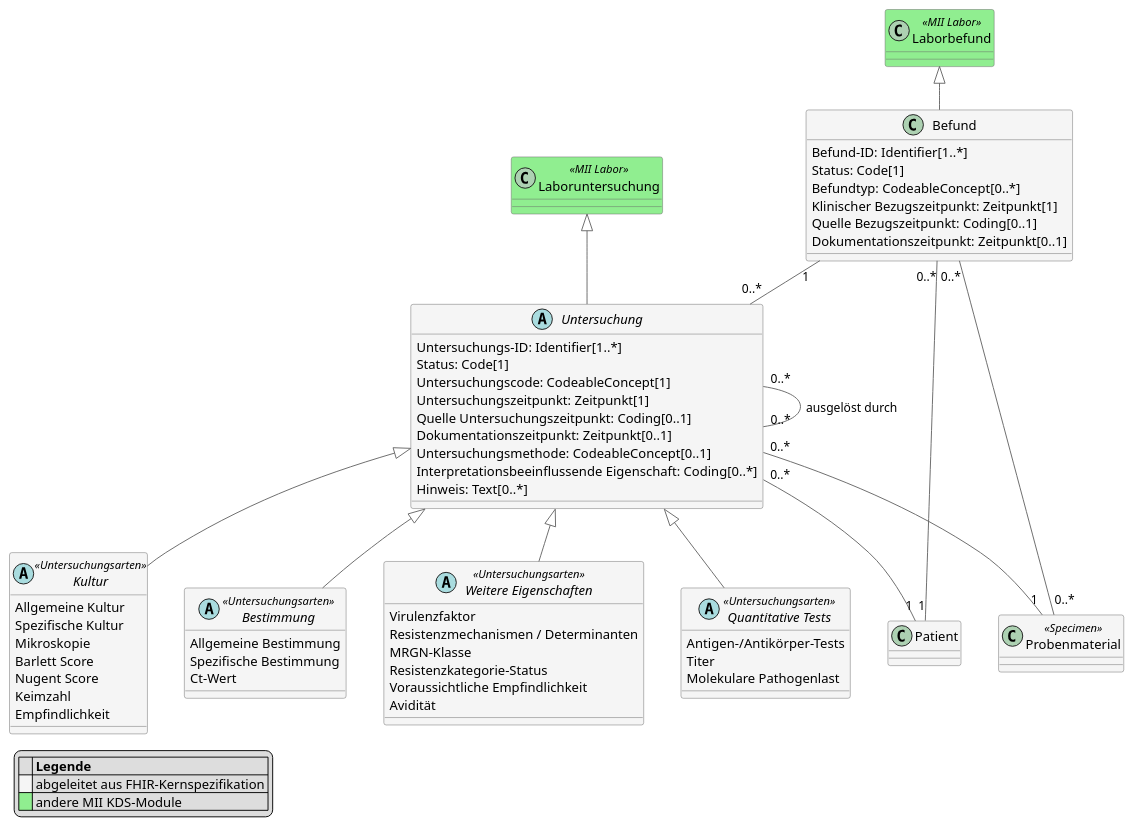
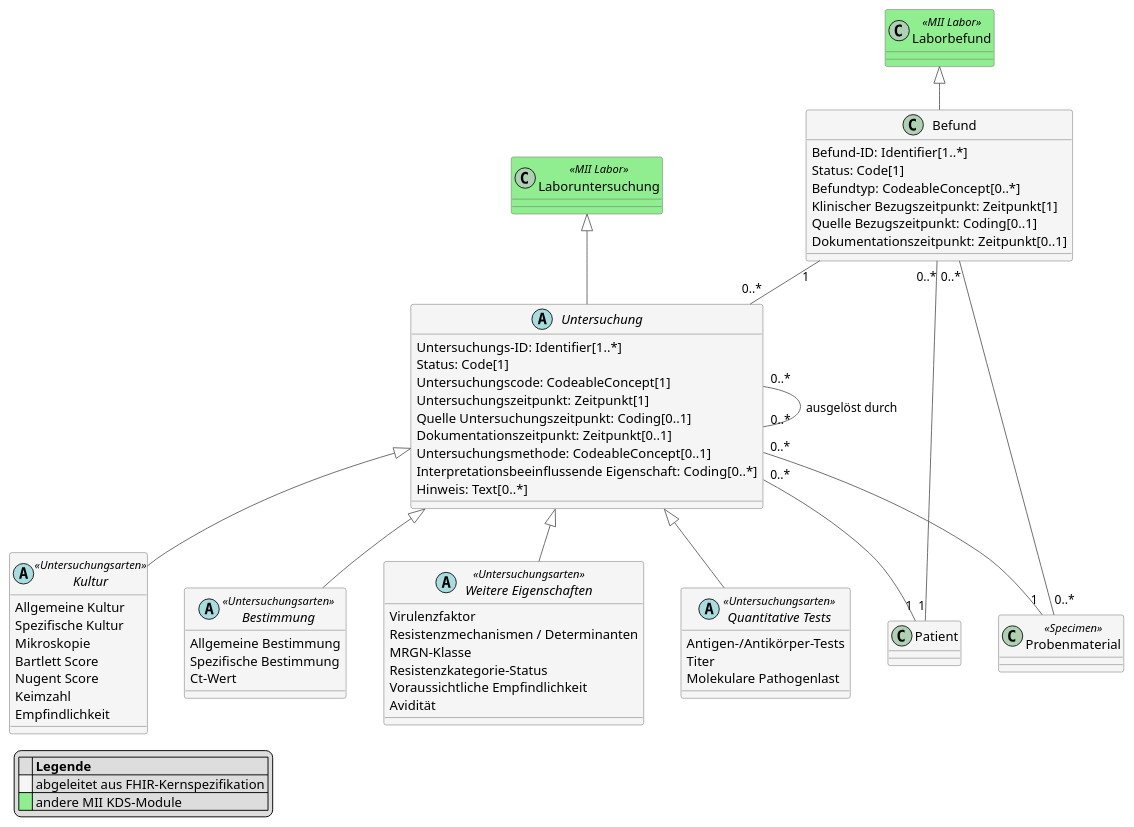
Before and after one commit to medizininformatik-initiative/kerndatensatzmodul-mikrobiologie: the diagram in input/images-source/mii-mikrobio-informationsmodell.puml, drawn with PlantUML. The commit also changed 140 other files, not shown here.

```diff
--- a/input/images-source/mii-mikrobio-informationsmodell.puml
+++ b/input/images-source/mii-mikrobio-informationsmodell.puml
@@ -1,107 +1,107 @@
 @startuml
 ' Informationsmodell Mikrobiologie 2027 - Uebersicht
 ' Abgeleitet aus den Logical Models:
 '   mii-lm-mikrobio-logical-model  (Befund)
 '   mii-lm-mikrobio-untersuchung   (abstrakte Basisklasse)
 '
 ' Die einzelnen Untersuchungsarten mit ihren Ergebnistypen stehen im
 ' zweiten Diagramm: mii-mikrobio-untersuchungsarten.puml
 
 skinparam shadowing false
 skinparam classAttributeIconSize 0
 skinparam nodesep 40
 skinparam ranksep 45
 
 skinparam class {
   BorderColor #666666
   BackgroundColor #F5F5F5
   ArrowColor #666666
   FontStyle bold
   AttributeFontStyle plain
 }
 
 ' ------------------------------------------------------- andere MII KDS-Module
 class Laborbefund <<MII Labor>> #90EE90
 class Laboruntersuchung <<MII Labor>> #90EE90
 
 ' ---------------------------------------------------------------- FHIR-Kontext
 class Patient #F5F5F5
 class Probenmaterial <<Specimen>> #F5F5F5
 
 ' --------------------------------------------------------------------- Modell
 class Befund {
   Befund-ID: Identifier[1..*]
   Status: Code[1]
   Befundtyp: CodeableConcept[0..*]
   Klinischer Bezugszeitpunkt: Zeitpunkt[1]
   Quelle Bezugszeitpunkt: Coding[0..1]
   Dokumentationszeitpunkt: Zeitpunkt[0..1]
 }
 
 abstract class Untersuchung {
   Untersuchungs-ID: Identifier[1..*]
   Status: Code[1]
   Untersuchungscode: CodeableConcept[1]
   Untersuchungszeitpunkt: Zeitpunkt[1]
   Quelle Untersuchungszeitpunkt: Coding[0..1]
   Dokumentationszeitpunkt: Zeitpunkt[0..1]
   Untersuchungsmethode: CodeableConcept[0..1]
   Interpretationsbeeinflussende Eigenschaft: Coding[0..*]
   Hinweis: Text[0..*]
 }
 
 abstract class Kultur <<Untersuchungsarten>> {
   Allgemeine Kultur
   Spezifische Kultur
   Mikroskopie
-  Barlett Score
+  Bartlett Score
   Nugent Score
   Keimzahl
   Empfindlichkeit
 }
 
 abstract class Bestimmung <<Untersuchungsarten>> {
   Allgemeine Bestimmung
   Spezifische Bestimmung
   Ct-Wert
 }
 
 abstract class "Weitere Eigenschaften" as WeitereEigenschaften <<Untersuchungsarten>> {
   Virulenzfaktor
   Resistenzmechanismen / Determinanten
   MRGN-Klasse
   Resistenzkategorie-Status
   Voraussichtliche Empfindlichkeit
   Avidität
 }
 
 abstract class "Quantitative Tests" as QuantitativeTests <<Untersuchungsarten>> {
   Antigen-/Antikörper-Tests
   Titer
   Molekulare Pathogenlast
 }
 
 ' ----------------------------------------------------------------- Beziehungen
 Laborbefund <|-- Befund
 Laboruntersuchung <|-- Untersuchung
 
 Befund "1" -- "0..*" Untersuchung
 Befund "0..*" -- "1" Patient
 Befund "0..*" -- "0..*" Probenmaterial
 
 Untersuchung "0..*" -- "1" Patient
 Untersuchung "0..*" -- "1" Probenmaterial
 Untersuchung "0..*" -- "0..*" Untersuchung : ausgelöst durch
 
 Untersuchung <|-- Kultur
 Untersuchung <|-- Bestimmung
 Untersuchung <|-- WeitereEigenschaften
 Untersuchung <|-- QuantitativeTests
 
 legend bottom left
 |= |= Legende |
 |<#F5F5F5>    | abgeleitet aus FHIR-Kernspezifikation |
 |<#90EE90>    | andere MII KDS-Module |
 endlegend
 
 @enduml
```
